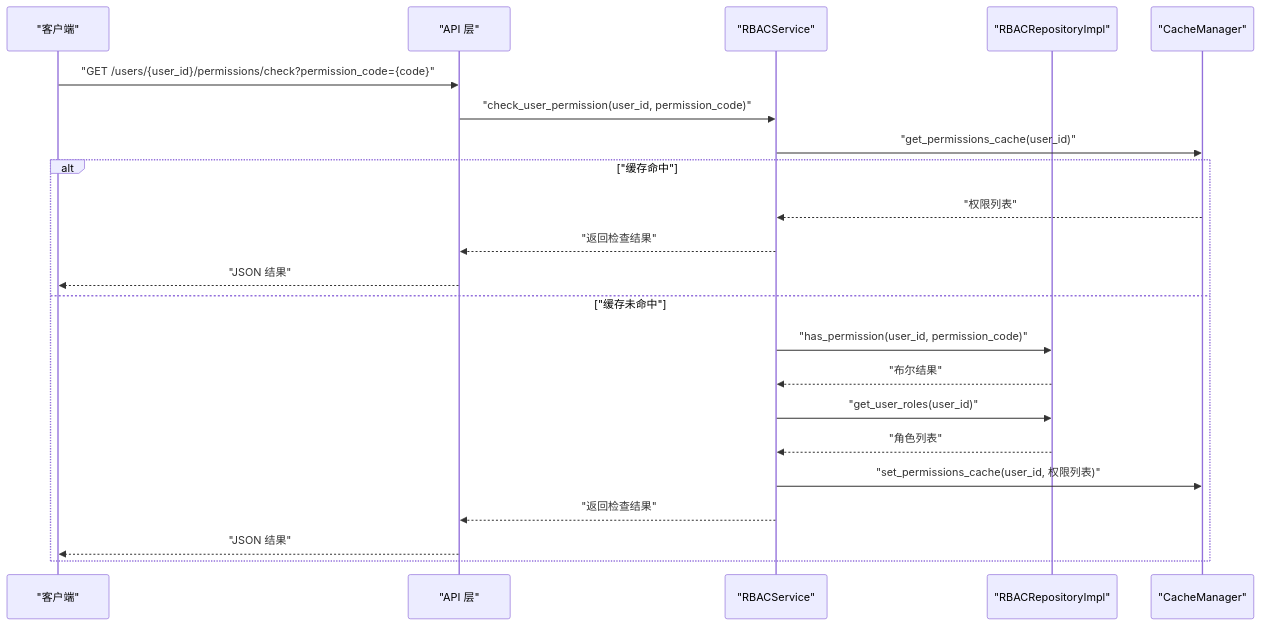
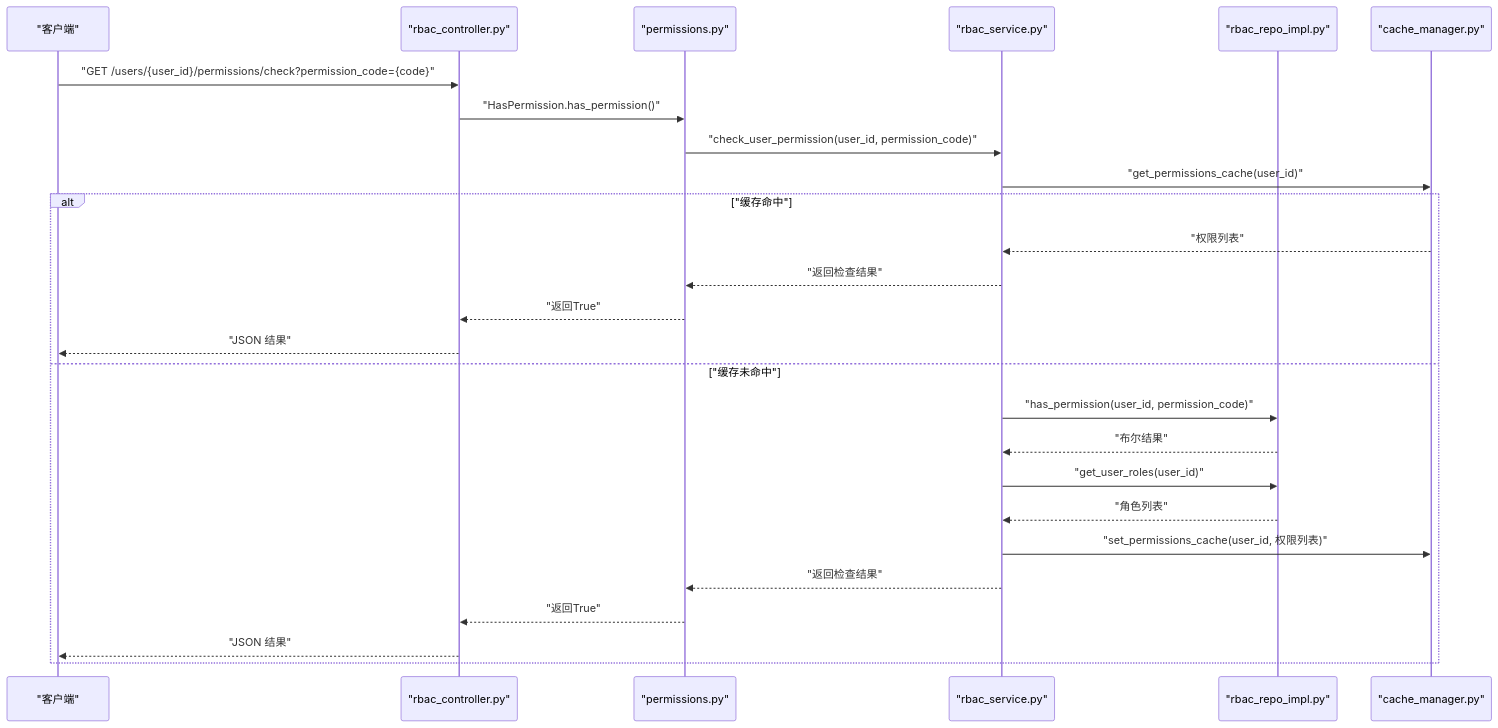
Before and after one commit to taoweidong/Hello-Django-Ninja-Api: the seventh of 10 diagrams in .qoder/repowiki/zh/content/核心模块/权限管理系统.md, drawn with Mermaid. The commit also changed other lines of this file and 96 other files, not shown here.

````diff
--- a/.qoder/repowiki/zh/content/核心模块/权限管理系统.md
+++ b/.qoder/repowiki/zh/content/核心模块/权限管理系统.md
@@ -264,24 +316,28 @@
 ```mermaid
 sequenceDiagram
 participant C as "客户端"
-participant API as "API 层"
-participant SVC as "RBACService"
-participant REPO as "RBACRepositoryImpl"
-participant CACHE as "CacheManager"
-C->>API : "GET /users/{user_id}/permissions/check?permission_code={code}"
-API->>SVC : "check_user_permission(user_id, permission_code)"
+participant CTRL as "rbac_controller.py"
+participant PERM as "permissions.py"
+participant SVC as "rbac_service.py"
+participant REPO as "rbac_repo_impl.py"
+participant CACHE as "cache_manager.py"
+C->>CTRL : "GET /users/{user_id}/permissions/check?permission_code={code}"
+CTRL->>PERM : "HasPermission.has_permission()"
+PERM->>SVC : "check_user_permission(user_id, permission_code)"
 SVC->>CACHE : "get_permissions_cache(user_id)"
 alt "缓存命中"
 CACHE-->>SVC : "权限列表"
-SVC-->>API : "返回检查结果"
-API-->>C : "JSON 结果"
+SVC-->>PERM : "返回检查结果"
+PERM-->>CTRL : "返回True"
+CTRL-->>C : "JSON 结果"
 else "缓存未命中"
 SVC->>REPO : "has_permission(user_id, permission_code)"
 REPO-->>SVC : "布尔结果"
 SVC->>REPO : "get_user_roles(user_id)"
 REPO-->>SVC : "角色列表"
 SVC->>CACHE : "set_permissions_cache(user_id, 权限列表)"
-SVC-->>API : "返回检查结果"
-API-->>C : "JSON 结果"
+SVC-->>PERM : "返回检查结果"
+PERM-->>CTRL : "返回True"
+CTRL-->>C : "JSON 结果"
 end
 ```
````
